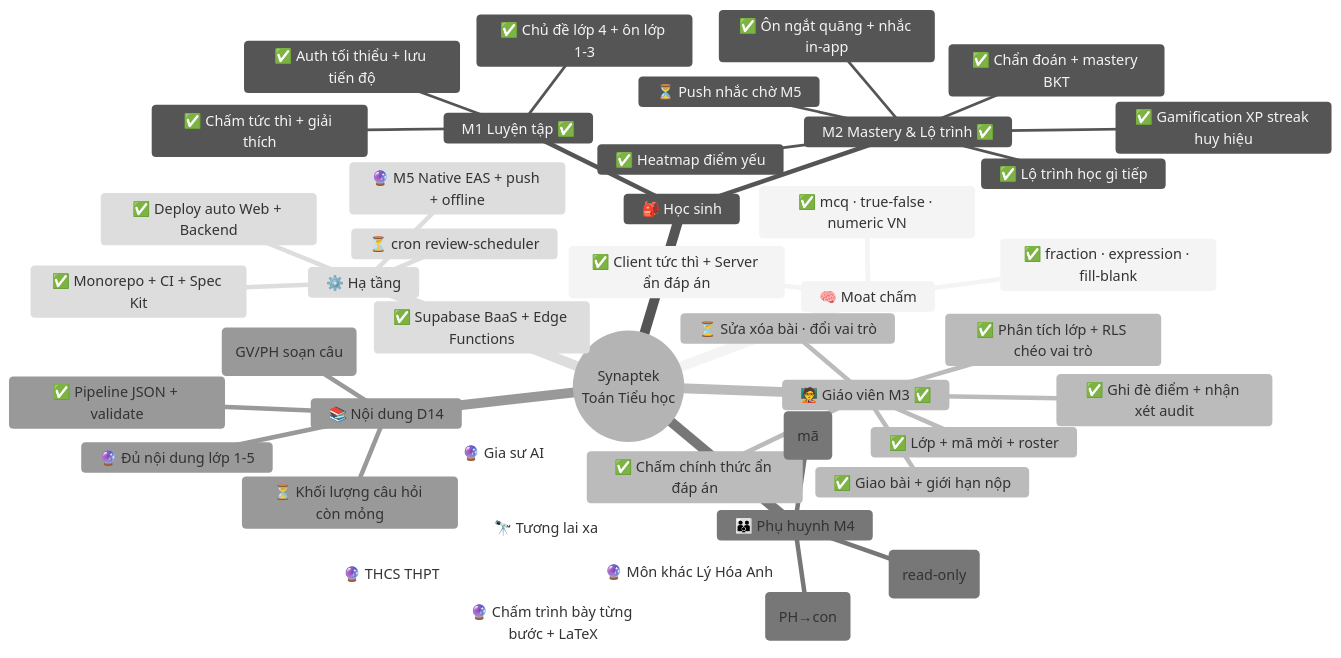
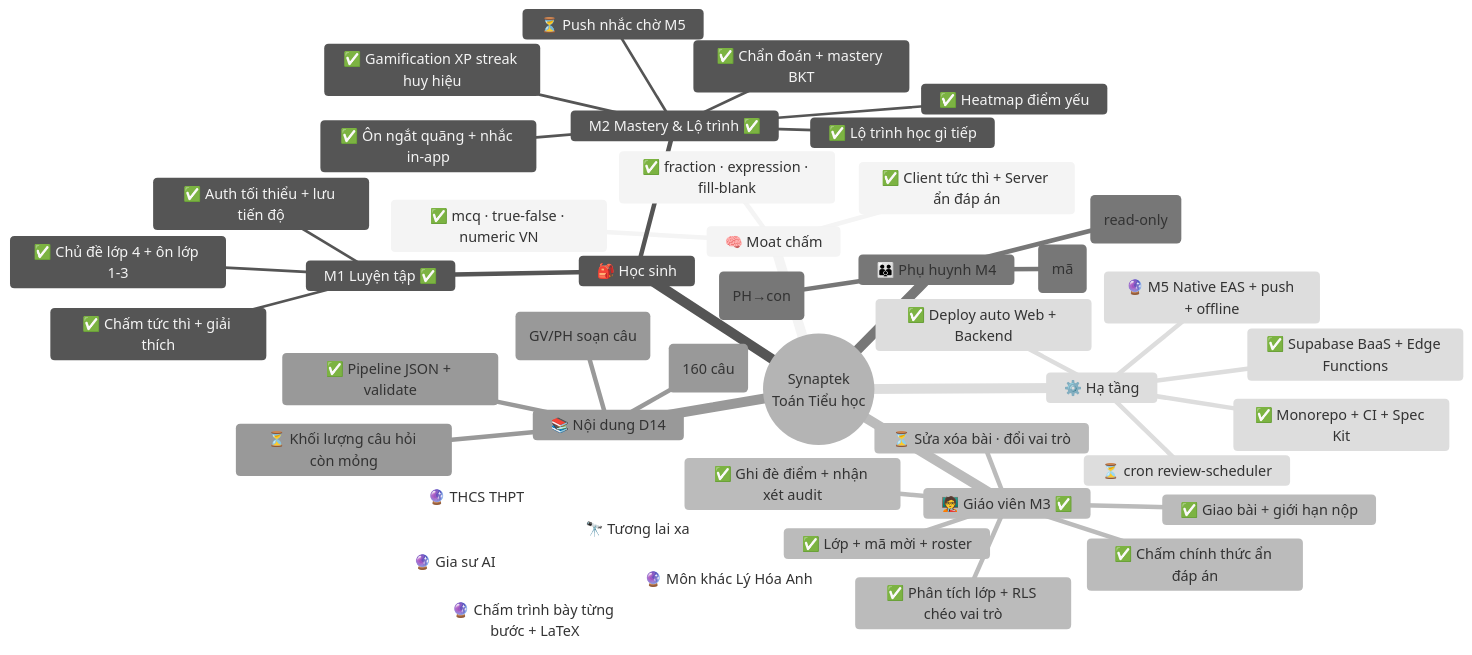
The first of 2 diagrams in docs/FEATURE-MAP.md (hoanghainh1188/synaptek), drawn with Mermaid (neutral theme) before and after one commit. The commit also changed other lines of this file and 10 other files, not shown here.

First line of the commit message:
content(g5): nội dung lớp 5 — phủ trọn Tiểu học 1–5 (160 câu) (#25)

````diff
--- a/docs/FEATURE-MAP.md
+++ b/docs/FEATURE-MAP.md
@@ -8,47 +8,47 @@
 ```mermaid
 mindmap
   root((Synaptek<br/>Toán Tiểu học))
     🧠 Moat chấm
       ✅ mcq · true-false · numeric VN
       ✅ fraction · expression · fill-blank
       ✅ Client tức thì + Server ẩn đáp án
     🎒 Học sinh
       M1 Luyện tập ✅
         ✅ Chủ đề lớp 4 + ôn lớp 1-3
         ✅ Chấm tức thì + giải thích
         ✅ Auth tối thiểu + lưu tiến độ
       M2 Mastery & Lộ trình ✅
         ✅ Chẩn đoán + mastery BKT
         ✅ Lộ trình học gì tiếp
         ✅ Heatmap điểm yếu
         ✅ Gamification XP streak huy hiệu
         ✅ Ôn ngắt quãng + nhắc in-app
         ⏳ Push nhắc chờ M5
     🧑‍🏫 Giáo viên M3 ✅
       ✅ Lớp + mã mời + roster
       ✅ Giao bài + giới hạn nộp
       ✅ Chấm chính thức ẩn đáp án
       ✅ Ghi đè điểm + nhận xét audit
       ✅ Phân tích lớp + RLS chéo vai trò
       ⏳ Sửa xóa bài · đổi vai trò
     👪 Phụ huynh M4
       ✅ Liên kết phụ huynh - con (mã)
       ✅ Theo dõi tiến độ con (read-only)
       ✅ Giao bài tại nhà (PH→con)
     📚 Nội dung D14
       ✅ Pipeline JSON + validate
       ⏳ Khối lượng câu hỏi còn mỏng
       ✅ Authoring UI (GV/PH soạn câu)
-      🔮 Đủ nội dung lớp 1-5
+      ✅ Nội dung lớp 1-5 (160 câu)
     ⚙️ Hạ tầng
       ✅ Monorepo + CI + Spec Kit
       ✅ Supabase BaaS + Edge Functions
       ✅ Deploy auto Web + Backend
       ⏳ cron review-scheduler
       🔮 M5 Native EAS + push + offline
     🔭 Tương lai xa
       🔮 THCS THPT
       🔮 Môn khác Lý Hóa Anh
       🔮 Chấm trình bày từng bước + LaTeX
       🔮 Gia sư AI
 ```
````
